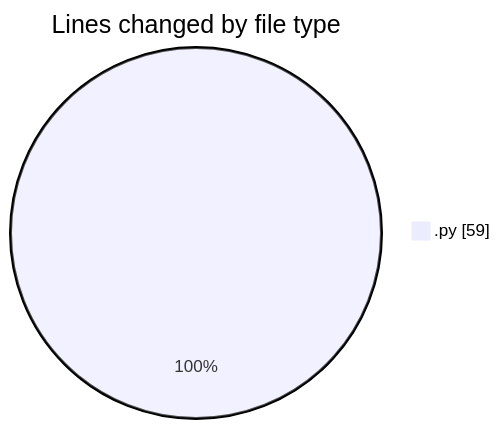
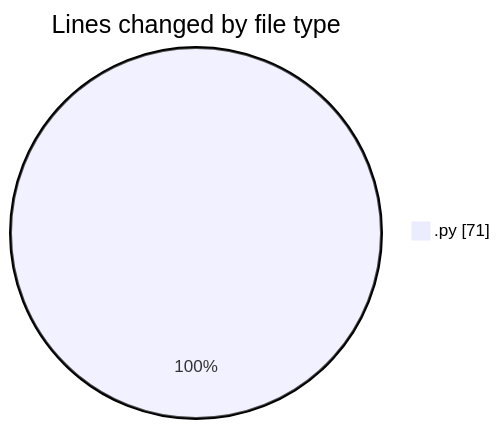
One commit to MatusMokan/code-tracking changed the first of 2 diagrams in 2025-04-20/myws__workspace_/README.md. Above: the diagram before and after it, drawn with Mermaid. The commit also changed other lines of this file and 1 other file, not shown here.

````diff
--- a/2025-04-20/myws__workspace_/README.md
+++ b/2025-04-20/myws__workspace_/README.md
@@ -20,5 +21,5 @@
 ```mermaid
 pie showData
 title Lines changed by file type
-".py" : 59
+".py" : 71
 ```
````
